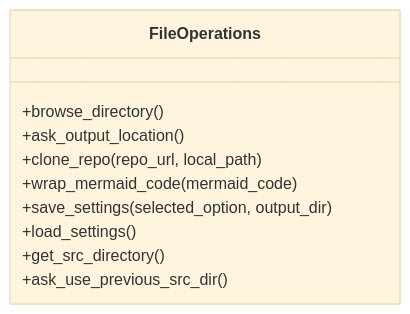
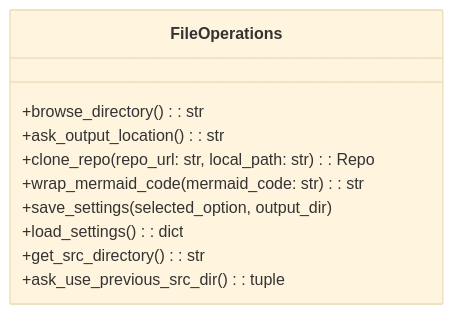
One commit to fearnworks/mermaidit changed the diagram in src/file_operations/file_operations_class.md. Above: the diagram before and after it, drawn with Mermaid (base theme). The commit also changed 7 other files, not shown here.

````diff
--- a/src/file_operations/file_operations_class.md
+++ b/src/file_operations/file_operations_class.md
@@ -1,13 +1,13 @@
 ```mermaid
 classDiagram
 class FileOperations {
-    +browse_directory()
-    +ask_output_location()
-    +clone_repo(repo_url, local_path)
-    +wrap_mermaid_code(mermaid_code)
+    +browse_directory() : str
+    +ask_output_location() : str
+    +clone_repo(repo_url: str, local_path: str) : Repo
+    +wrap_mermaid_code(mermaid_code: str) : str
     +save_settings(selected_option, output_dir)
-    +load_settings()
-    +get_src_directory()
-    +ask_use_previous_src_dir()
+    +load_settings() : dict
+    +get_src_directory() : str
+    +ask_use_previous_src_dir() : tuple
 }
 ```
````
